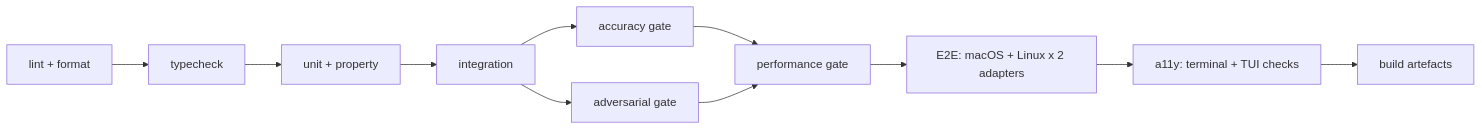
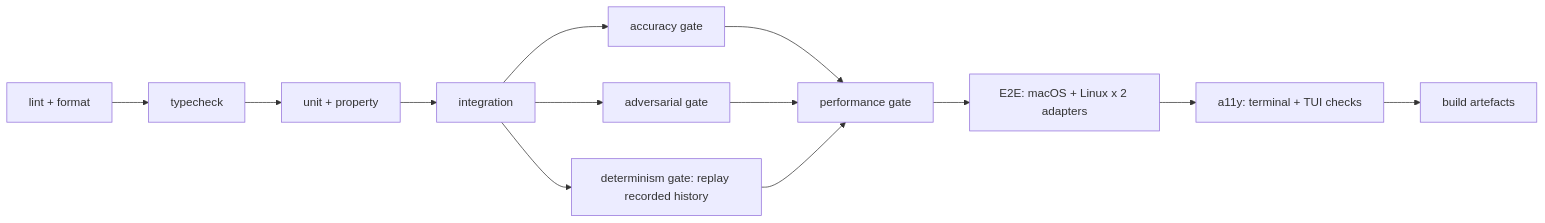
One commit to AriesNg/ai-guard-bot changed the diagram in docs/04-solution-design/testing-strategy.md. Above: the diagram before and after it, drawn with Mermaid. The commit also changed other lines of this file and 13 other files, not shown here.

````diff
--- a/docs/04-solution-design/testing-strategy.md
+++ b/docs/04-solution-design/testing-strategy.md
@@ -199,13 +254,15 @@
 ```mermaid
 flowchart LR
     A[lint + format] --> B[typecheck]
     B --> C[unit + property]
     C --> D[integration]
     D --> E[accuracy gate]
     D --> F[adversarial gate]
+    D --> R[determinism gate: replay recorded history]
     E --> G[performance gate]
     F --> G
+    R --> G
     G --> H[E2E: macOS + Linux x 2 adapters]
     H --> I[a11y: terminal + TUI checks]
     I --> J[build artefacts]
 ```
````
